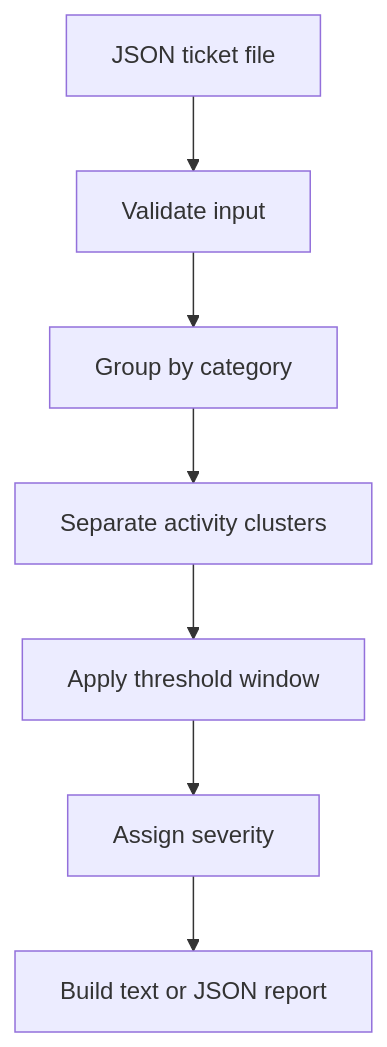
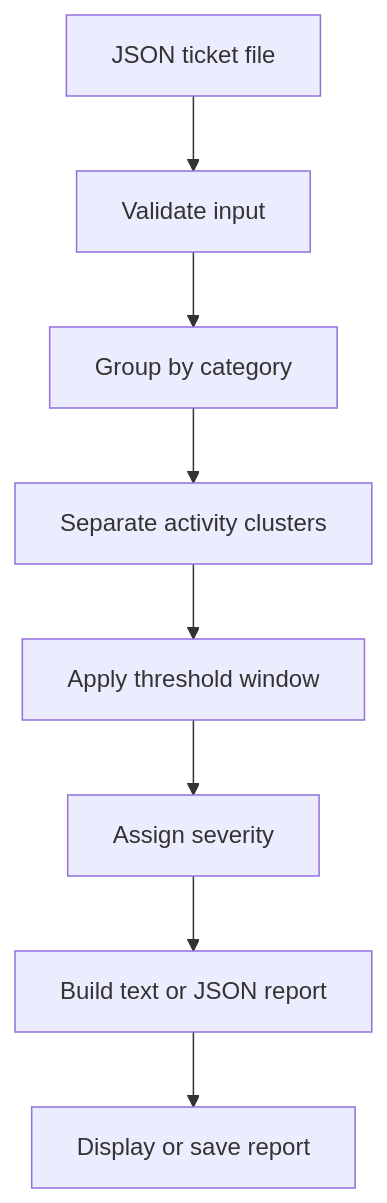
One commit to kay-freeman/incident-signal changed the diagram in README.md. Above: the diagram before and after it, drawn with Mermaid. The commit also changed other lines of this file and 3 other files, not shown here.

````diff
--- a/README.md
+++ b/README.md
@@ -26,9 +26,10 @@
 ```mermaid
 flowchart TD
     A[JSON ticket file] --> B[Validate input]
     B --> C[Group by category]
     C --> D[Separate activity clusters]
     D --> E[Apply threshold window]
     E --> F[Assign severity]
     F --> G[Build text or JSON report]
+    G --> H[Display or save report]
 ```
````
